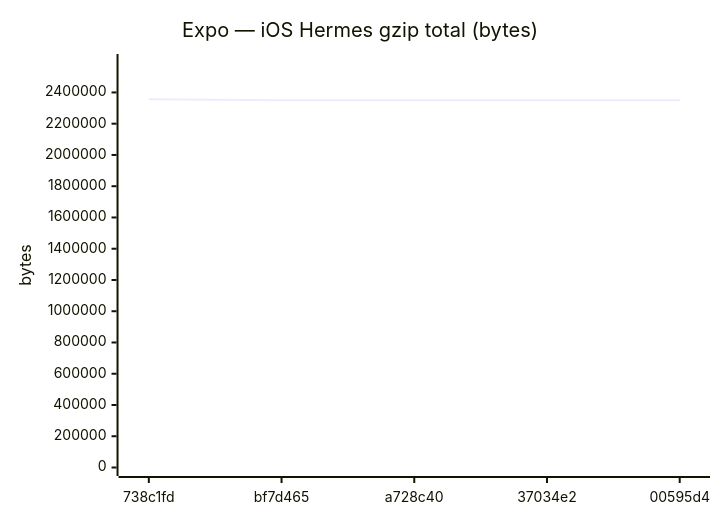
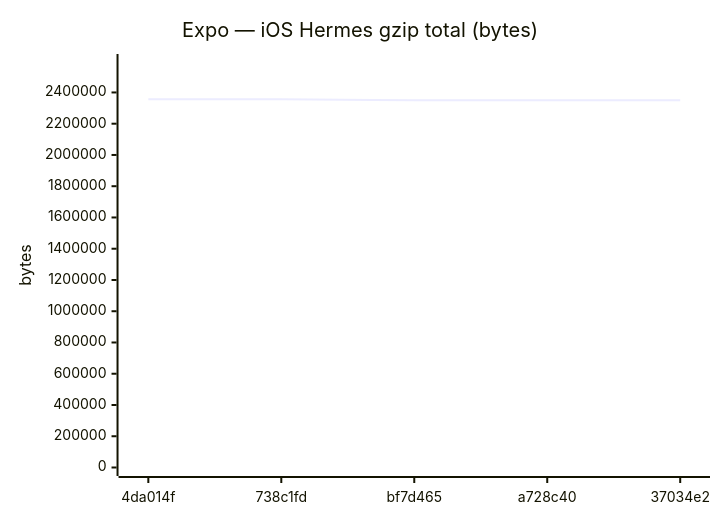
Before and after one commit to Metaheurist/Rianell: diagram 16 of 24 in benchmarks/compare.md, drawn with Mermaid. The commit also changed other lines of this file and 13 other files, not shown here.

````diff
--- a/benchmarks/compare.md
+++ b/benchmarks/compare.md
@@ -228,7 +228,7 @@
 ```mermaid
 xychart-beta
     title "Expo — iOS Hermes gzip total (bytes)"
-    x-axis ["738c1fd", "bf7d465", "a728c40", "37034e2", "00595d4"]
-    y-axis "bytes" 0 --> 2591665
-    line [2356059, 2350178, 2350175, 2350043, 2350046]
+    x-axis ["4da014f", "738c1fd", "bf7d465", "a728c40", "37034e2"]
+    y-axis "bytes" 0 --> 2591666
+    line [2356060, 2356059, 2350178, 2350175, 2350043]
 ```
````
